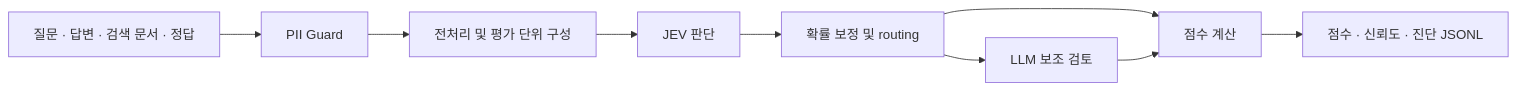
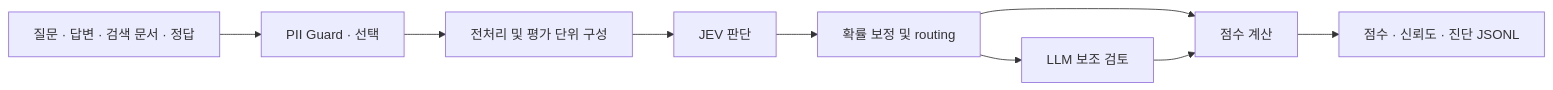
Before and after one commit to ady95/ragas-jev: the diagram in README.md, drawn with Mermaid. The commit also changed other lines of this file and 16 other files, not shown here.

````diff
--- a/README.md
+++ b/README.md
@@ -38,11 +38,11 @@
 ```mermaid
 flowchart LR
-    A[질문 · 답변 · 검색 문서 · 정답] --> B[PII Guard]
+    A[질문 · 답변 · 검색 문서 · 정답] --> B[PII Guard · 선택]
     B --> C[전처리 및 평가 단위 구성]
     C --> D[JEV 판단]
     D --> E[확률 보정 및 routing]
     E --> F[점수 계산]
     E --> G[LLM 보조 검토]
     G --> F
     F --> H[점수 · 신뢰도 · 진단 JSONL]
 ```
````
